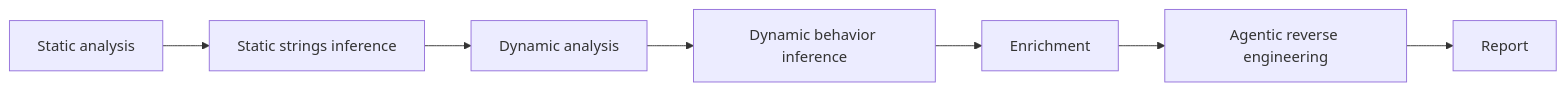
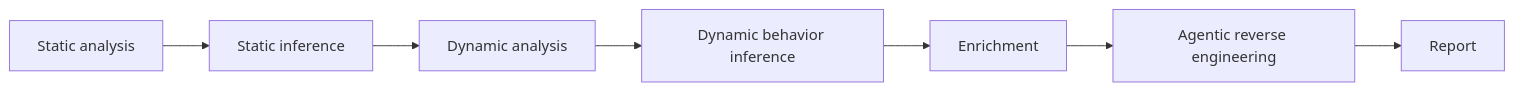
The diagram in docs/phases/README.md (pablo-972/AIM), drawn with Mermaid before and after one commit. The commit also changed other lines of this file and 14 other files, not shown here.

Commit message:
Static inference name change

````diff
--- a/docs/phases/README.md
+++ b/docs/phases/README.md
@@ -10,9 +10,9 @@
 ```mermaid
 flowchart LR
-    Static[Static analysis] --> StaticAI[Static strings inference]
+    Static[Static analysis] --> StaticAI[Static inference]
     StaticAI --> Dynamic[Dynamic analysis]
     Dynamic --> DynamicAI[Dynamic behavior inference]
     DynamicAI --> Enrichment[Enrichment]
     Enrichment --> ReverseAgent[Agentic reverse engineering]
     ReverseAgent --> Report[Report]
 ```
````
